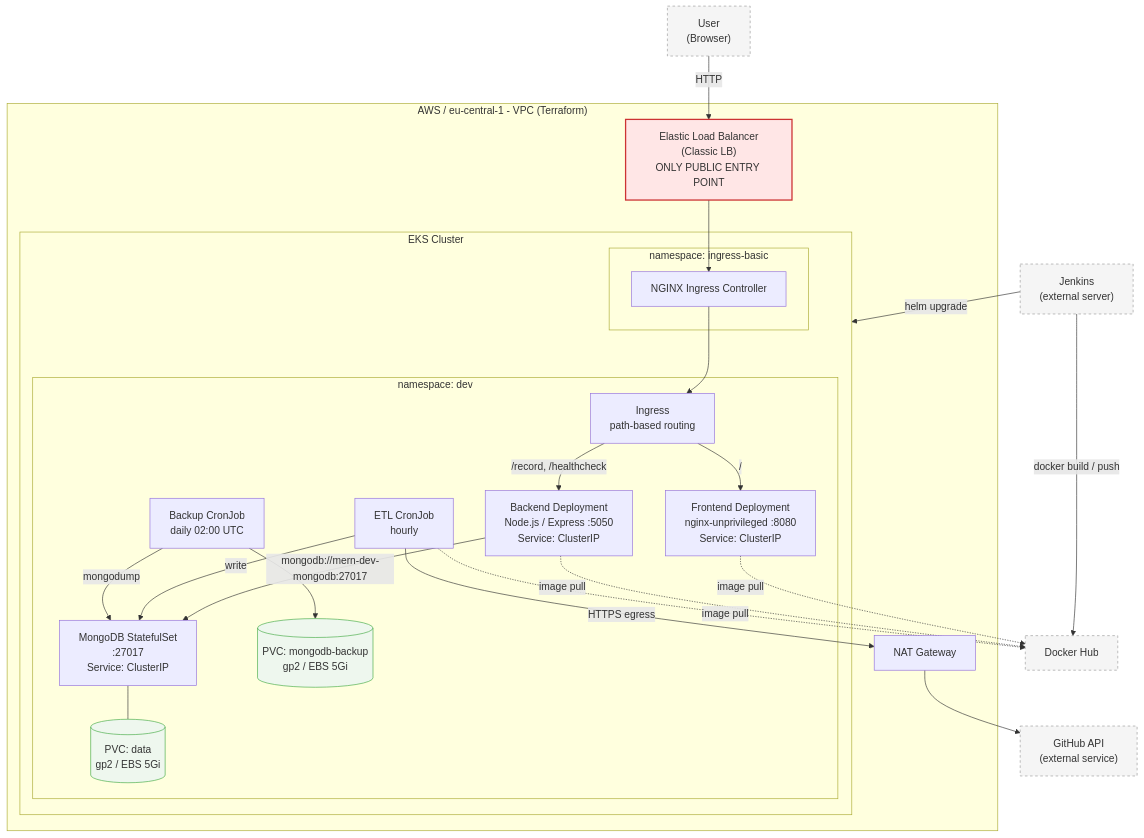
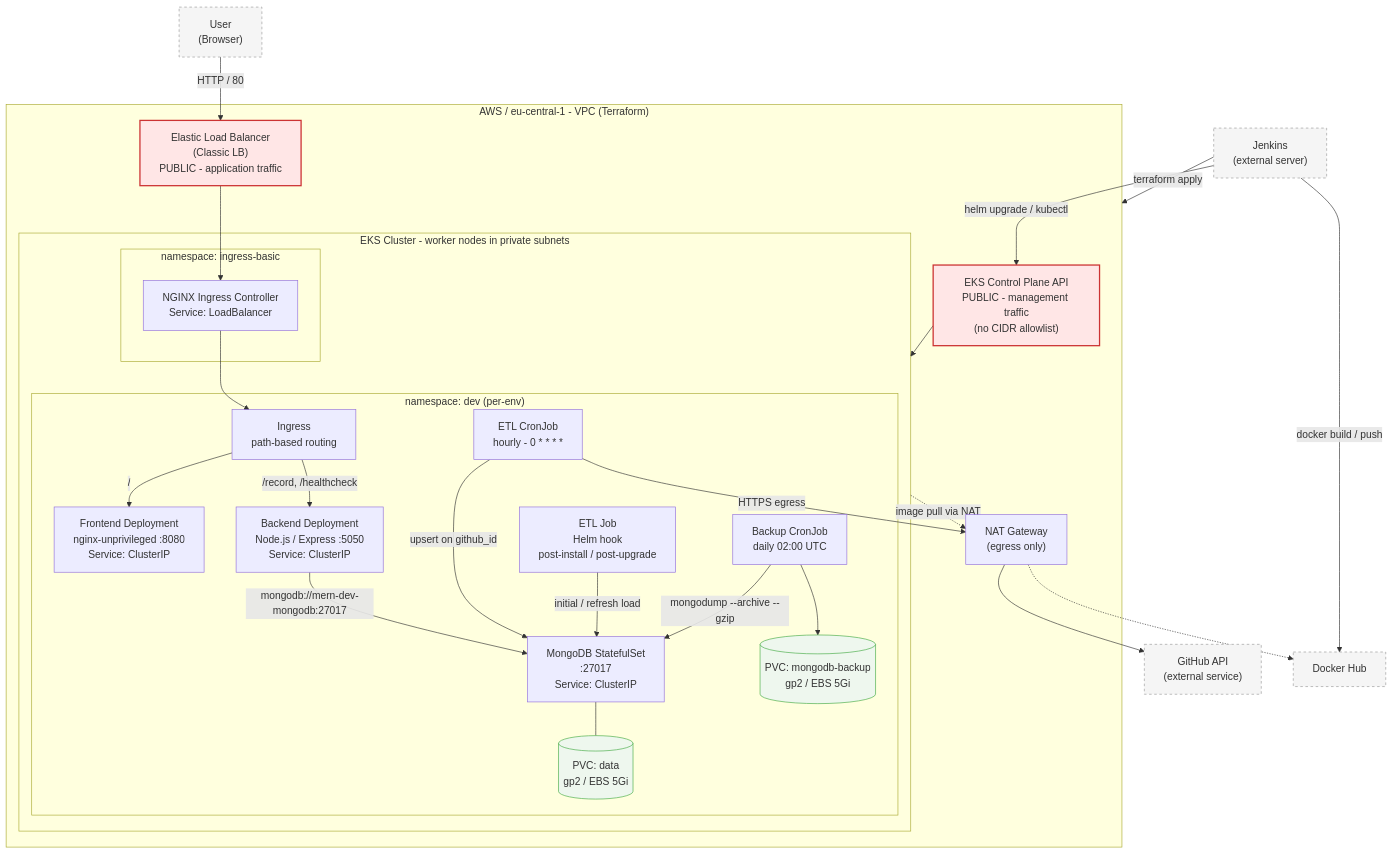
The diagram in docs/architecture.md (emrearabacioglu/devops-case), drawn with Mermaid before and after one commit. The commit also changed other lines of this file, not shown here.

First line of the commit message:
Revise architecture.md for clarity and detail

````diff
--- a/docs/architecture.md
+++ b/docs/architecture.md
@@ -8,55 +8,59 @@
 ```mermaid
 flowchart TB
     user["User<br/>(Browser)"]
     github["GitHub API<br/>(external service)"]
     jenkins["Jenkins<br/>(external server)"]
     dockerhub["Docker Hub"]
 
     subgraph aws["AWS / eu-central-1 - VPC (Terraform)"]
-        elb["Elastic Load Balancer<br/>(Classic LB)<br/>ONLY PUBLIC ENTRY POINT"]
-        nat["NAT Gateway"]
+        elb["Elastic Load Balancer<br/>(Classic LB)<br/>PUBLIC - application traffic"]
+        eksapi["EKS Control Plane API<br/>PUBLIC - management traffic<br/>(no CIDR allowlist)"]
+        nat["NAT Gateway<br/>(egress only)"]
 
-        subgraph eks["EKS Cluster"]
+        subgraph eks["EKS Cluster - worker nodes in private subnets"]
             subgraph nsingress["namespace: ingress-basic"]
-                nginx["NGINX Ingress Controller"]
+                nginx["NGINX Ingress Controller<br/>Service: LoadBalancer"]
             end
 
-            subgraph nsdev["namespace: dev"]
+            subgraph nsdev["namespace: dev (per-env)"]
                 ing["Ingress<br/>path-based routing"]
                 fe["Frontend Deployment<br/>nginx-unprivileged :8080<br/>Service: ClusterIP"]
                 be["Backend Deployment<br/>Node.js / Express :5050<br/>Service: ClusterIP"]
                 mongo["MongoDB StatefulSet<br/>:27017<br/>Service: ClusterIP"]
                 pvcdata[("PVC: data<br/>gp2 / EBS 5Gi")]
-                etl["ETL CronJob<br/>hourly"]
+                etl["ETL CronJob<br/>hourly - 0 * * * *"]
+                hook["ETL Job<br/>Helm hook<br/>post-install / post-upgrade"]
                 bkp["Backup CronJob<br/>daily 02:00 UTC"]
                 pvcbkp[("PVC: mongodb-backup<br/>gp2 / EBS 5Gi")]
             end
         end
     end
 
-    user -->|HTTP| elb
+    user -->|"HTTP / 80"| elb
     elb --> nginx
     nginx --> ing
     ing -->|"/"| fe
     ing -->|"/record, /healthcheck"| be
     be -->|"mongodb://mern-dev-mongodb:27017"| mongo
     mongo --- pvcdata
-    etl -->|write| mongo
+    etl -->|"upsert on github_id"| mongo
+    hook -->|"initial / refresh load"| mongo
     etl -->|"HTTPS egress"| nat
     nat --> github
-    bkp -->|mongodump| mongo
+    bkp -->|"mongodump --archive --gzip"| mongo
     bkp --> pvcbkp
 
     jenkins -->|"docker build / push"| dockerhub
-    jenkins -->|"helm upgrade"| eks
-    fe -.->|"image pull"| dockerhub
-    be -.->|"image pull"| dockerhub
-    etl -.->|"image pull"| dockerhub
+    jenkins -->|"terraform apply"| aws
+    jenkins -->|"helm upgrade / kubectl"| eksapi
+    eksapi --> eks
+    eks -.->|"image pull via NAT"| nat
+    nat -.-> dockerhub
 
     classDef ext fill:#f5f5f5,stroke:#999,stroke-dasharray:4
     classDef entry fill:#ffe6e6,stroke:#c33,stroke-width:2px
     classDef store fill:#eef7ee,stroke:#4a4
     class user,github,jenkins,dockerhub ext
-    class elb entry
+    class elb,eksapi entry
     class pvcdata,pvcbkp store
 ```
````
